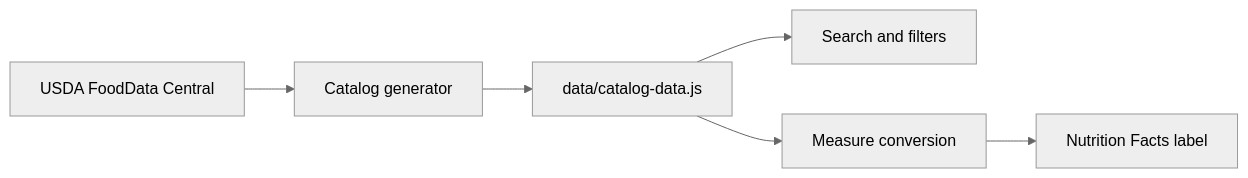
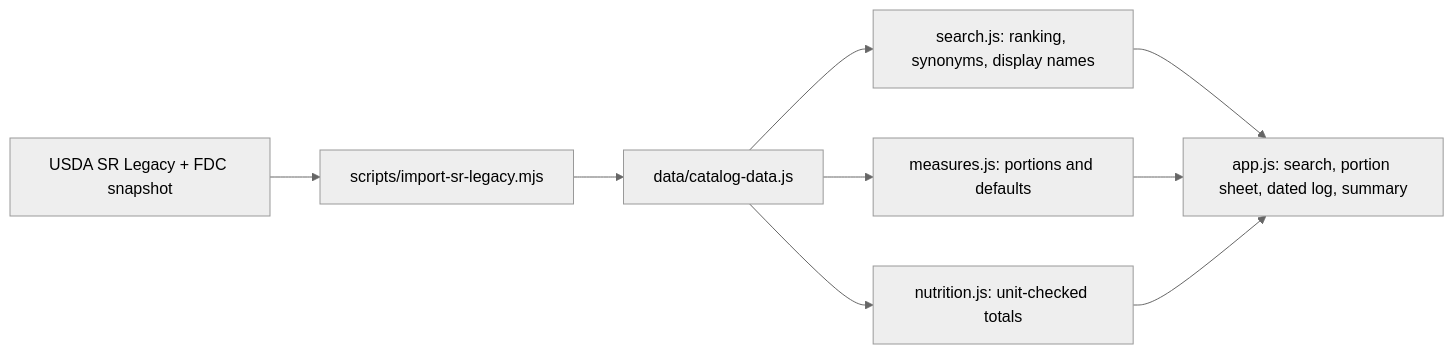
Before and after one commit to kaushik-3009/nutrition-rolodex: the diagram in README.md, drawn with Mermaid (neutral theme). The commit also changed other lines of this file and 95 other files, not shown here.

First line of the commit message:
Rebuild as a daily nutrition tracker; fix search, portions and data gaps

````diff
--- a/README.md
+++ b/README.md
@@ -144,8 +97,9 @@
 ```mermaid
 flowchart LR
-    A[USDA FoodData Central] --> B[Catalog generator]
+    A[USDA SR Legacy + FDC snapshot] --> B[scripts/import-sr-legacy.mjs]
     B --> C[data/catalog-data.js]
-    C --> D[Search and filters]
-    C --> E[Measure conversion]
-    E --> F[Nutrition Facts label]
+    C --> D[search.js: ranking, synonyms, display names]
+    C --> E[measures.js: portions and defaults]
+    C --> F[nutrition.js: unit-checked totals]
+    D & E & F --> G[app.js: search, portion sheet, dated log, summary]
 ```
````
